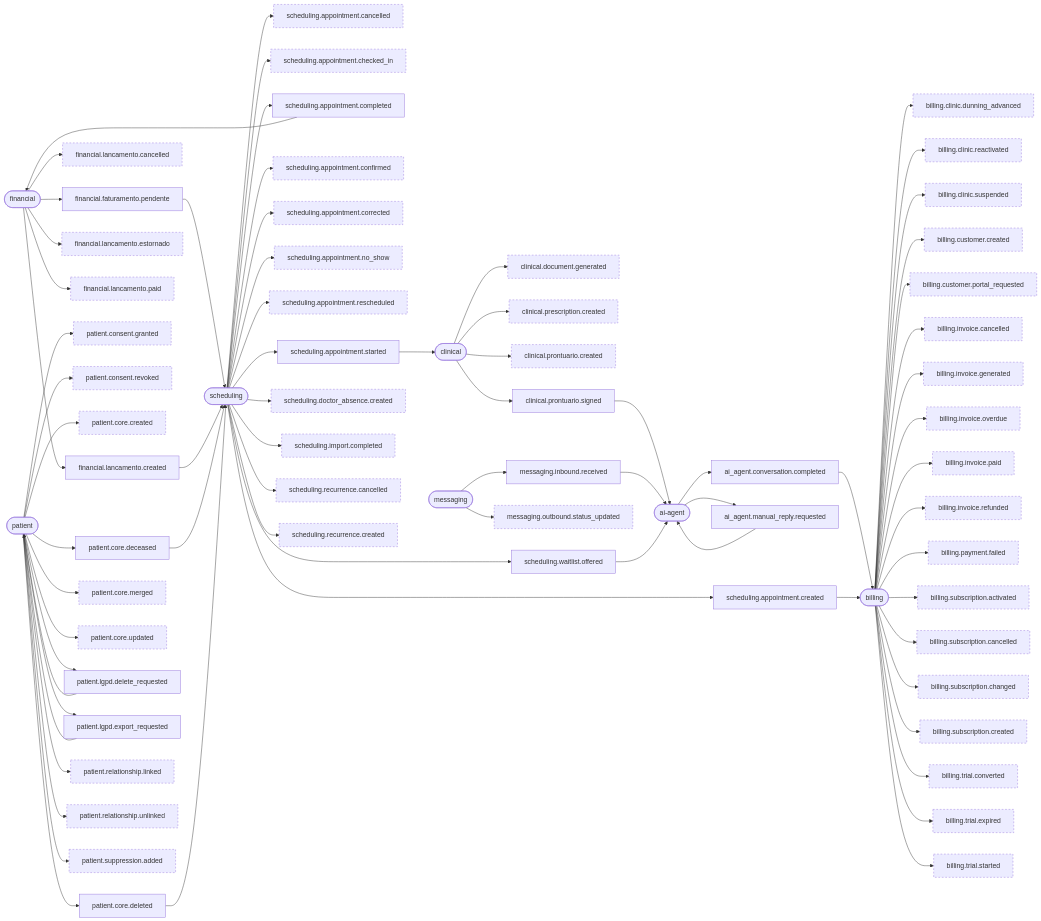
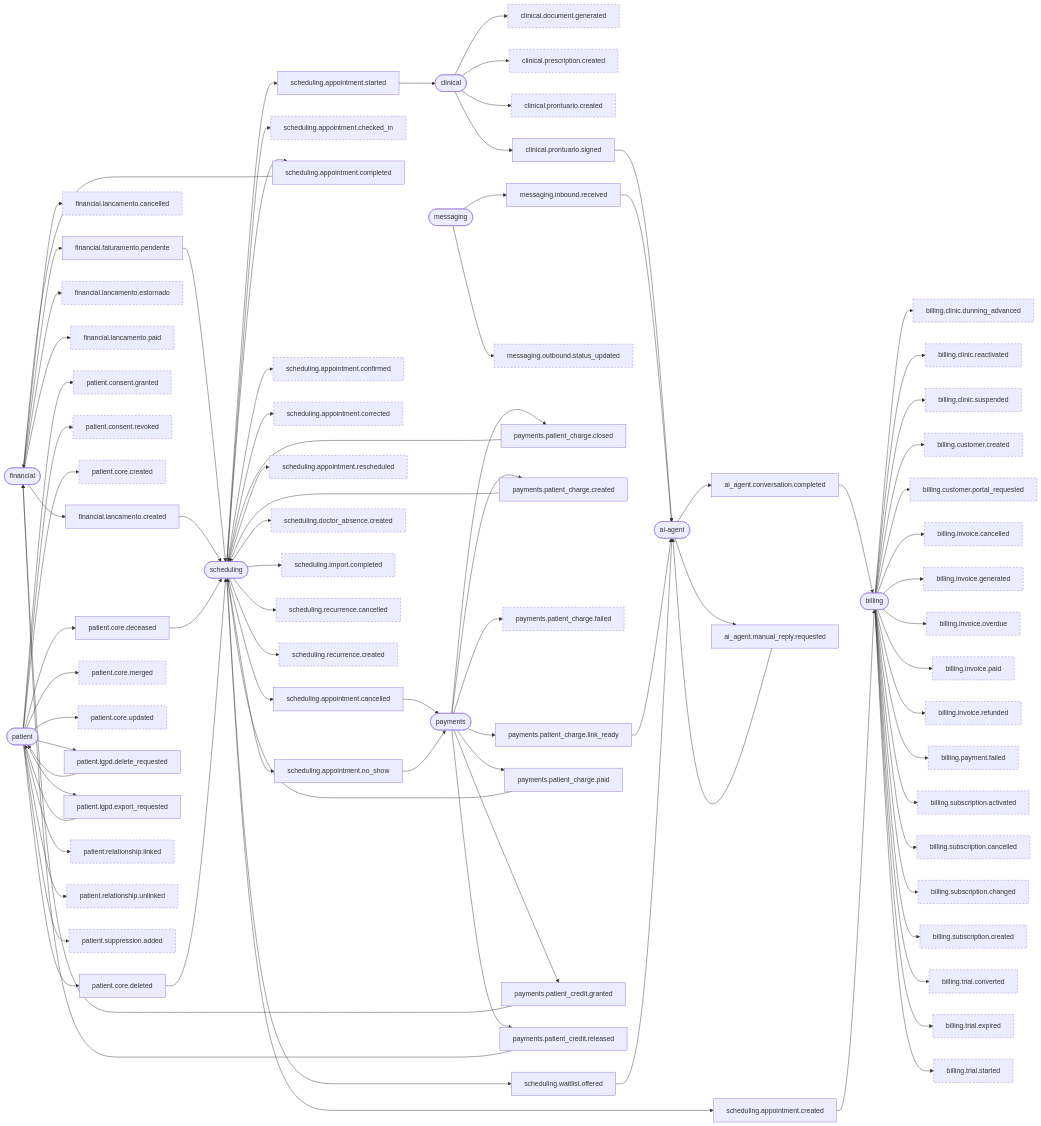
The diagram in docs/architecture/event-flow.mmd (joaomarcos-techia/Project_OS), drawn with Mermaid before and after one commit. The commit also changed 9 other files, not shown here.

```diff
--- a/docs/architecture/event-flow.mmd
+++ b/docs/architecture/event-flow.mmd
@@ -1,141 +1,164 @@
 %% GERADO por `pnpm arch:graphs` — não edite à mão.
 %% Acoplamento ASSÍNCRONO: produtor -> evento -> consumidor (outbox).
 %% Evento sem consumidor é estado terminal legítimo (worker marca `skipped`).
 flowchart LR
   context_ai_agent(["ai-agent"])
   context_billing(["billing"])
   context_clinical(["clinical"])
   context_financial(["financial"])
   context_messaging(["messaging"])
   context_patient(["patient"])
+  context_payments(["payments"])
   context_scheduling(["scheduling"])
   ev_ai_agent_conversation_completed["ai_agent.conversation.completed"]
   context_ai_agent --> ev_ai_agent_conversation_completed
   ev_ai_agent_conversation_completed --> context_billing
   ev_ai_agent_manual_reply_requested["ai_agent.manual_reply.requested"]
   context_ai_agent --> ev_ai_agent_manual_reply_requested
   ev_ai_agent_manual_reply_requested --> context_ai_agent
   ev_billing_clinic_dunning_advanced["billing.clinic.dunning_advanced"]
   context_billing --> ev_billing_clinic_dunning_advanced
   ev_billing_clinic_reactivated["billing.clinic.reactivated"]
   context_billing --> ev_billing_clinic_reactivated
   ev_billing_clinic_suspended["billing.clinic.suspended"]
   context_billing --> ev_billing_clinic_suspended
   ev_billing_customer_created["billing.customer.created"]
   context_billing --> ev_billing_customer_created
   ev_billing_customer_portal_requested["billing.customer.portal_requested"]
   context_billing --> ev_billing_customer_portal_requested
   ev_billing_invoice_cancelled["billing.invoice.cancelled"]
   context_billing --> ev_billing_invoice_cancelled
   ev_billing_invoice_generated["billing.invoice.generated"]
   context_billing --> ev_billing_invoice_generated
   ev_billing_invoice_overdue["billing.invoice.overdue"]
   context_billing --> ev_billing_invoice_overdue
   ev_billing_invoice_paid["billing.invoice.paid"]
   context_billing --> ev_billing_invoice_paid
   ev_billing_invoice_refunded["billing.invoice.refunded"]
   context_billing --> ev_billing_invoice_refunded
   ev_billing_payment_failed["billing.payment.failed"]
   context_billing --> ev_billing_payment_failed
   ev_billing_subscription_activated["billing.subscription.activated"]
   context_billing --> ev_billing_subscription_activated
   ev_billing_subscription_cancelled["billing.subscription.cancelled"]
   context_billing --> ev_billing_subscription_cancelled
   ev_billing_subscription_changed["billing.subscription.changed"]
   context_billing --> ev_billing_subscription_changed
   ev_billing_subscription_created["billing.subscription.created"]
   context_billing --> ev_billing_subscription_created
   ev_billing_trial_converted["billing.trial.converted"]
   context_billing --> ev_billing_trial_converted
   ev_billing_trial_expired["billing.trial.expired"]
   context_billing --> ev_billing_trial_expired
   ev_billing_trial_started["billing.trial.started"]
   context_billing --> ev_billing_trial_started
   ev_clinical_document_generated["clinical.document.generated"]
   context_clinical --> ev_clinical_document_generated
   ev_clinical_prescription_created["clinical.prescription.created"]
   context_clinical --> ev_clinical_prescription_created
   ev_clinical_prontuario_created["clinical.prontuario.created"]
   context_clinical --> ev_clinical_prontuario_created
   ev_clinical_prontuario_signed["clinical.prontuario.signed"]
   context_clinical --> ev_clinical_prontuario_signed
   ev_clinical_prontuario_signed --> context_ai_agent
   ev_financial_faturamento_pendente["financial.faturamento.pendente"]
   context_financial --> ev_financial_faturamento_pendente
   ev_financial_faturamento_pendente --> context_scheduling
   ev_financial_lancamento_cancelled["financial.lancamento.cancelled"]
   context_financial --> ev_financial_lancamento_cancelled
   ev_financial_lancamento_created["financial.lancamento.created"]
   context_financial --> ev_financial_lancamento_created
   ev_financial_lancamento_created --> context_scheduling
   ev_financial_lancamento_estornado["financial.lancamento.estornado"]
   context_financial --> ev_financial_lancamento_estornado
   ev_financial_lancamento_paid["financial.lancamento.paid"]
   context_financial --> ev_financial_lancamento_paid
   ev_messaging_inbound_received["messaging.inbound.received"]
   context_messaging --> ev_messaging_inbound_received
   ev_messaging_inbound_received --> context_ai_agent
   ev_messaging_outbound_status_updated["messaging.outbound.status_updated"]
   context_messaging --> ev_messaging_outbound_status_updated
   ev_patient_consent_granted["patient.consent.granted"]
   context_patient --> ev_patient_consent_granted
   ev_patient_consent_revoked["patient.consent.revoked"]
   context_patient --> ev_patient_consent_revoked
   ev_patient_core_created["patient.core.created"]
   context_patient --> ev_patient_core_created
   ev_patient_core_deceased["patient.core.deceased"]
   context_patient --> ev_patient_core_deceased
   ev_patient_core_deceased --> context_scheduling
   ev_patient_core_deleted["patient.core.deleted"]
   context_patient --> ev_patient_core_deleted
   ev_patient_core_deleted --> context_scheduling
   ev_patient_core_merged["patient.core.merged"]
   context_patient --> ev_patient_core_merged
   ev_patient_core_updated["patient.core.updated"]
   context_patient --> ev_patient_core_updated
   ev_patient_lgpd_delete_requested["patient.lgpd.delete_requested"]
   context_patient --> ev_patient_lgpd_delete_requested
   ev_patient_lgpd_delete_requested --> context_patient
   ev_patient_lgpd_export_requested["patient.lgpd.export_requested"]
   context_patient --> ev_patient_lgpd_export_requested
   ev_patient_lgpd_export_requested --> context_patient
   ev_patient_relationship_linked["patient.relationship.linked"]
   context_patient --> ev_patient_relationship_linked
   ev_patient_relationship_unlinked["patient.relationship.unlinked"]
   context_patient --> ev_patient_relationship_unlinked
   ev_patient_suppression_added["patient.suppression.added"]
   context_patient --> ev_patient_suppression_added
+  ev_payments_patient_charge_closed["payments.patient_charge.closed"]
+  context_payments --> ev_payments_patient_charge_closed
+  ev_payments_patient_charge_closed --> context_scheduling
+  ev_payments_patient_charge_created["payments.patient_charge.created"]
+  context_payments --> ev_payments_patient_charge_created
+  ev_payments_patient_charge_created --> context_scheduling
+  ev_payments_patient_charge_failed["payments.patient_charge.failed"]
+  context_payments --> ev_payments_patient_charge_failed
+  ev_payments_patient_charge_link_ready["payments.patient_charge.link_ready"]
+  context_payments --> ev_payments_patient_charge_link_ready
+  ev_payments_patient_charge_link_ready --> context_ai_agent
+  ev_payments_patient_charge_paid["payments.patient_charge.paid"]
+  context_payments --> ev_payments_patient_charge_paid
+  ev_payments_patient_charge_paid --> context_scheduling
+  ev_payments_patient_credit_granted["payments.patient_credit.granted"]
+  context_payments --> ev_payments_patient_credit_granted
+  ev_payments_patient_credit_granted --> context_financial
+  ev_payments_patient_credit_released["payments.patient_credit.released"]
+  context_payments --> ev_payments_patient_credit_released
+  ev_payments_patient_credit_released --> context_financial
   ev_scheduling_appointment_cancelled["scheduling.appointment.cancelled"]
   context_scheduling --> ev_scheduling_appointment_cancelled
+  ev_scheduling_appointment_cancelled --> context_payments
   ev_scheduling_appointment_checked_in["scheduling.appointment.checked_in"]
   context_scheduling --> ev_scheduling_appointment_checked_in
   ev_scheduling_appointment_completed["scheduling.appointment.completed"]
   context_scheduling --> ev_scheduling_appointment_completed
   ev_scheduling_appointment_completed --> context_financial
   ev_scheduling_appointment_confirmed["scheduling.appointment.confirmed"]
   context_scheduling --> ev_scheduling_appointment_confirmed
   ev_scheduling_appointment_corrected["scheduling.appointment.corrected"]
   context_scheduling --> ev_scheduling_appointment_corrected
   ev_scheduling_appointment_created["scheduling.appointment.created"]
   context_scheduling --> ev_scheduling_appointment_created
   ev_scheduling_appointment_created --> context_billing
   ev_scheduling_appointment_no_show["scheduling.appointment.no_show"]
   context_scheduling --> ev_scheduling_appointment_no_show
+  ev_scheduling_appointment_no_show --> context_payments
   ev_scheduling_appointment_rescheduled["scheduling.appointment.rescheduled"]
   context_scheduling --> ev_scheduling_appointment_rescheduled
   ev_scheduling_appointment_started["scheduling.appointment.started"]
   context_scheduling --> ev_scheduling_appointment_started
   ev_scheduling_appointment_started --> context_clinical
   ev_scheduling_doctor_absence_created["scheduling.doctor_absence.created"]
   context_scheduling --> ev_scheduling_doctor_absence_created
   ev_scheduling_import_completed["scheduling.import.completed"]
   context_scheduling --> ev_scheduling_import_completed
   ev_scheduling_recurrence_cancelled["scheduling.recurrence.cancelled"]
   context_scheduling --> ev_scheduling_recurrence_cancelled
   ev_scheduling_recurrence_created["scheduling.recurrence.created"]
   context_scheduling --> ev_scheduling_recurrence_created
   ev_scheduling_waitlist_offered["scheduling.waitlist.offered"]
   context_scheduling --> ev_scheduling_waitlist_offered
   ev_scheduling_waitlist_offered --> context_ai_agent
   classDef semConsumidor stroke-dasharray: 4 4;
-  class ev_billing_clinic_dunning_advanced,ev_billing_clinic_reactivated,ev_billing_clinic_suspended,ev_billing_customer_created,ev_billing_customer_portal_requested,ev_billing_invoice_cancelled,ev_billing_invoice_generated,ev_billing_invoice_overdue,ev_billing_invoice_paid,ev_billing_invoice_refunded,ev_billing_payment_failed,ev_billing_subscription_activated,ev_billing_subscription_cancelled,ev_billing_subscription_changed,ev_billing_subscription_created,ev_billing_trial_converted,ev_billing_trial_expired,ev_billing_trial_started,ev_clinical_document_generated,ev_clinical_prescription_created,ev_clinical_prontuario_created,ev_financial_lancamento_cancelled,ev_financial_lancamento_estornado,ev_financial_lancamento_paid,ev_messaging_outbound_status_updated,ev_patient_consent_granted,ev_patient_consent_revoked,ev_patient_core_created,ev_patient_core_merged,ev_patient_core_updated,ev_patient_relationship_linked,ev_patient_relationship_unlinked,ev_patient_suppression_added,ev_scheduling_appointment_cancelled,ev_scheduling_appointment_checked_in,ev_scheduling_appointment_confirmed,ev_scheduling_appointment_corrected,ev_scheduling_appointment_no_show,ev_scheduling_appointment_rescheduled,ev_scheduling_doctor_absence_created,ev_scheduling_import_completed,ev_scheduling_recurrence_cancelled,ev_scheduling_recurrence_created semConsumidor;
+  class ev_billing_clinic_dunning_advanced,ev_billing_clinic_reactivated,ev_billing_clinic_suspended,ev_billing_customer_created,ev_billing_customer_portal_requested,ev_billing_invoice_cancelled,ev_billing_invoice_generated,ev_billing_invoice_overdue,ev_billing_invoice_paid,ev_billing_invoice_refunded,ev_billing_payment_failed,ev_billing_subscription_activated,ev_billing_subscription_cancelled,ev_billing_subscription_changed,ev_billing_subscription_created,ev_billing_trial_converted,ev_billing_trial_expired,ev_billing_trial_started,ev_clinical_document_generated,ev_clinical_prescription_created,ev_clinical_prontuario_created,ev_financial_lancamento_cancelled,ev_financial_lancamento_estornado,ev_financial_lancamento_paid,ev_messaging_outbound_status_updated,ev_patient_consent_granted,ev_patient_consent_revoked,ev_patient_core_created,ev_patient_core_merged,ev_patient_core_updated,ev_patient_relationship_linked,ev_patient_relationship_unlinked,ev_patient_suppression_added,ev_payments_patient_charge_failed,ev_scheduling_appointment_checked_in,ev_scheduling_appointment_confirmed,ev_scheduling_appointment_corrected,ev_scheduling_appointment_rescheduled,ev_scheduling_doctor_absence_created,ev_scheduling_import_completed,ev_scheduling_recurrence_cancelled,ev_scheduling_recurrence_created semConsumidor;
```
